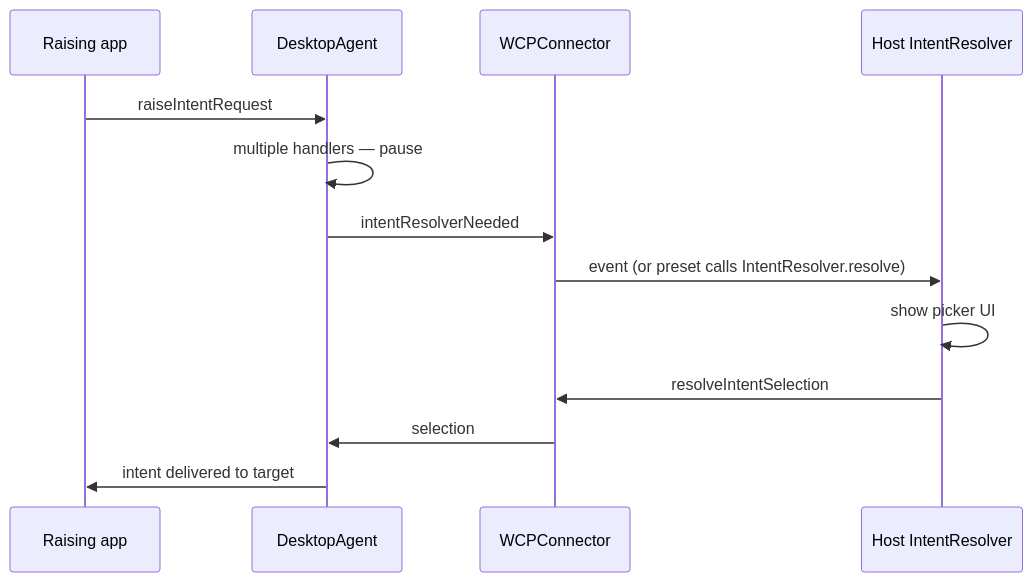
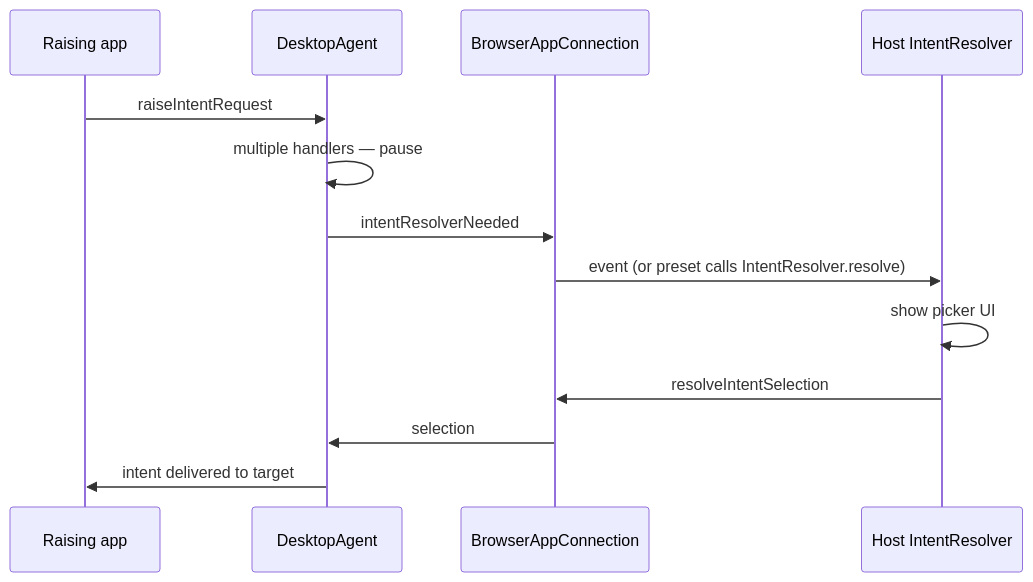
One commit to SeeWhatsOn/FDC3-Sail changed the sixth of 7 diagrams in website/docs/packages/desktop-agent/composition.md. Above: the diagram before and after it, drawn with Mermaid. The commit also changed other lines of this file and 28 other files, not shown here.

````diff
--- a/website/docs/packages/desktop-agent/composition.md
+++ b/website/docs/packages/desktop-agent/composition.md
@@ -205,16 +185,16 @@
 ```mermaid
 sequenceDiagram
   participant App as Raising app
   participant DA as DesktopAgent
-  participant Edge as WCPConnector
+  participant Edge as BrowserAppConnection
   participant Host as Host IntentResolver
 
   App->>DA: raiseIntentRequest
   DA->>DA: multiple handlers — pause
   DA->>Edge: intentResolverNeeded
   Edge->>Host: event (or preset calls IntentResolver.resolve)
   Host->>Host: show picker UI
   Host->>Edge: resolveIntentSelection
   Edge->>DA: selection
   DA->>App: intent delivered to target
 ```
````
